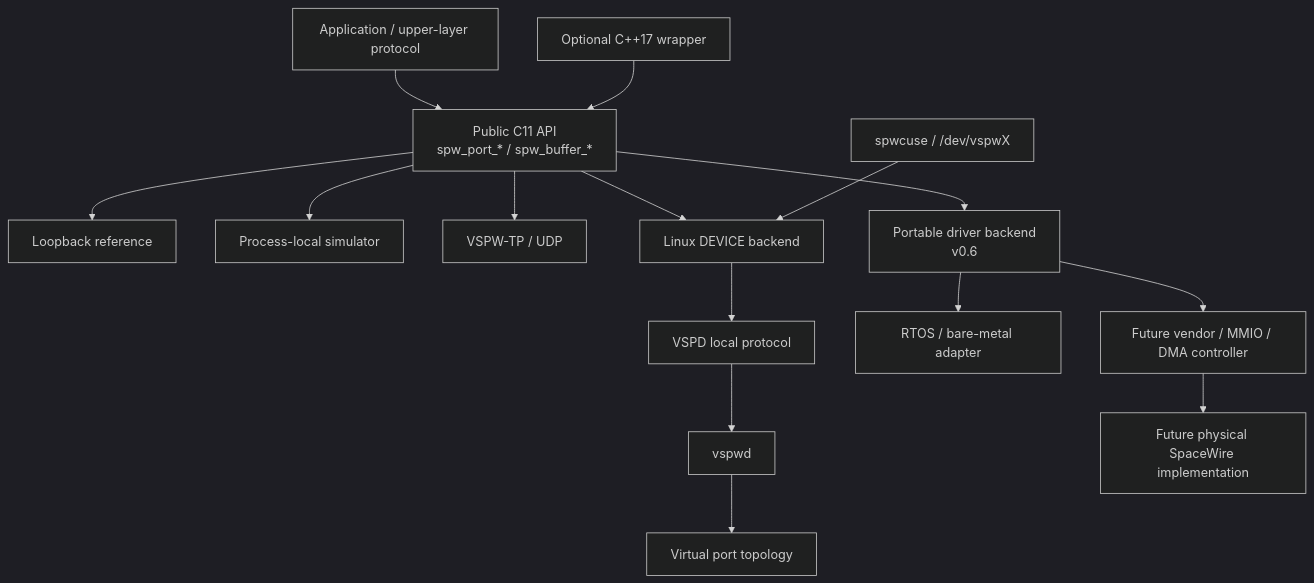
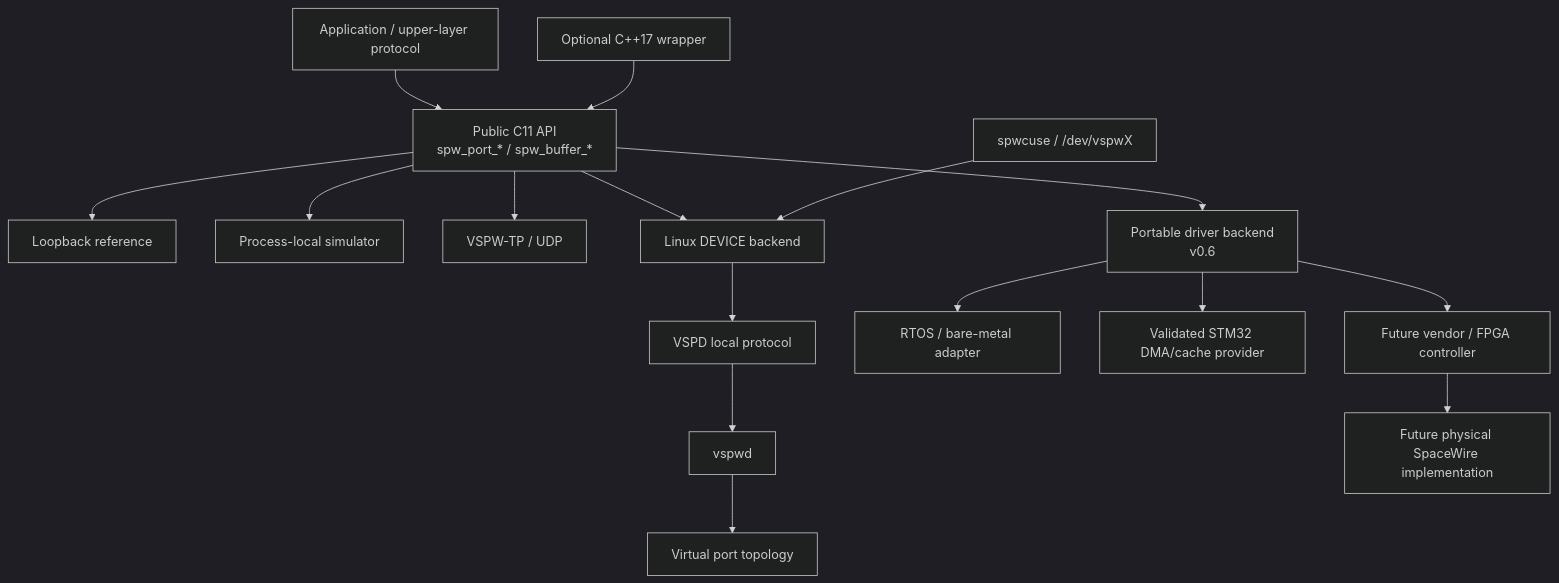
One commit to ExoSpaceLabs/spwkit changed the first of 9 diagrams in docs/architecture.md. Above: the diagram before and after it, drawn with Mermaid (dark theme). The commit also changed other lines of this file, not shown here.

Commit message:
docs(spwkit): clarify architecture evidence boundaries

````diff
--- a/docs/architecture.md
+++ b/docs/architecture.md
@@ -7,20 +7,21 @@
 ```mermaid
 flowchart TB
     APP[Application / upper-layer protocol] --> API[Public C11 API<br/>spw_port_* / spw_buffer_*]
     CPP[Optional C++17 wrapper] --> API
 
     API --> LOOP[Loopback reference]
     API --> SIM[Process-local simulator]
     API --> UDP[VSPW-TP / UDP]
     API --> DEVICE[Linux DEVICE backend]
     API --> DRIVER[Portable driver backend<br/>v0.6]
 
     DEVICE --> VSPD[VSPD local protocol]
     VSPD --> VSPWD[vspwd]
     VSPWD --> VP[Virtual port topology]
     CUSE[spwcuse / /dev/vspwX] --> DEVICE
 
     DRIVER --> RTOS[RTOS / bare-metal adapter]
-    DRIVER --> HW[Future vendor / MMIO / DMA controller]
+    DRIVER --> MCU[Validated STM32 DMA/cache provider]
+    DRIVER --> HW[Future vendor / FPGA controller]
     HW --> PHY[Future physical SpaceWire implementation]
 ```
````
